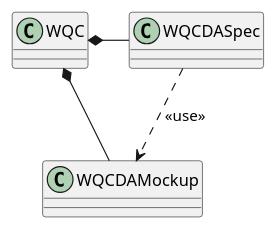
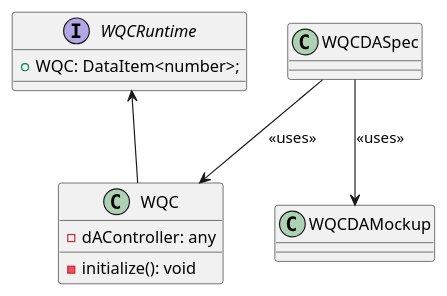
The diagram in src/modularPlantManager/pea/dataAssembly/_extensions/wqcDA/WQC.puml (p2o-lab/polaris-backend), drawn with PlantUML before and after one commit. The commit also changed 21 other files, not shown here.

```diff
--- a/src/modularPlantManager/pea/dataAssembly/_extensions/wqcDA/WQC.puml
+++ b/src/modularPlantManager/pea/dataAssembly/_extensions/wqcDA/WQC.puml
@@ -26,9 +26,16 @@
 @startuml
 'https://plantuml.com/class-diagram
 
-class WQC
+interface WQCRuntime {
+    + WQC: DataItem<number>;
+}
 
-WQC *- WQCDASpec
-WQCDASpec ..> WQCDAMockup : <<use>>
-WQC *- WQCDAMockup
+class WQC{
+    - dAController: any
+    - initialize(): void
+}
+
+WQCRuntime <-- WQC
+WQCDASpec --> WQC : <<uses>>
+WQCDASpec --> WQCDAMockup : <<uses>>
 @enduml
```
